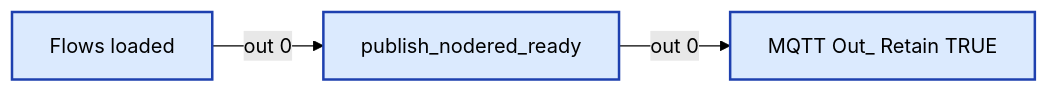
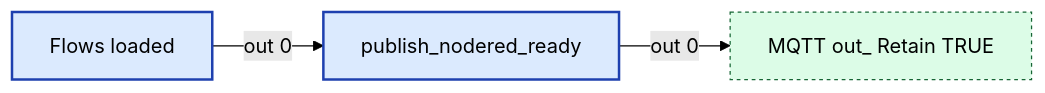
Diagram 20 of 27 in src/wiring/config.md (Backroads4Me/librecoach-node-red), drawn with Mermaid (forest theme) before and after one commit. The commit also changed other lines of this file and 10 other files, not shown here.

Commit message:
chore: update wiring diagrams

````diff
--- a/src/wiring/config.md
+++ b/src/wiring/config.md
@@ -703,14 +703,14 @@
 ```mermaid
 flowchart LR
   classDef fn fill:#dbeafe,stroke:#1e40af,stroke-width:2px
   classDef ui fill:#ede9fe,stroke:#5b21b6,stroke-width:2px
   classDef sub fill:#fef3c7,stroke:#92400e,stroke-width:2px
   classDef link fill:#dcfce7,stroke:#166534,stroke-width:1px,stroke-dasharray:3 3
   classDef config fill:#f3f4f6,stroke:#6b7280,stroke-width:1px,stroke-dasharray:2 2
   classDef disabled opacity:0.5,stroke-dasharray:4 4
+  n_0a63b31d6180["MQTT out_ Retain TRUE"]:::link
   n_3e9c6f1a2b4d["Flows loaded"]:::fn
   n_9d8e7f6a5b4c["publish_nodered_ready"]:::fn
-  n_cacf35b859af["MQTT Out_ Retain TRUE"]:::fn
   n_3e9c6f1a2b4d -->|out 0| n_9d8e7f6a5b4c
-  n_9d8e7f6a5b4c -->|out 0| n_cacf35b859af
+  n_9d8e7f6a5b4c -->|out 0| n_0a63b31d6180
 ```
````
